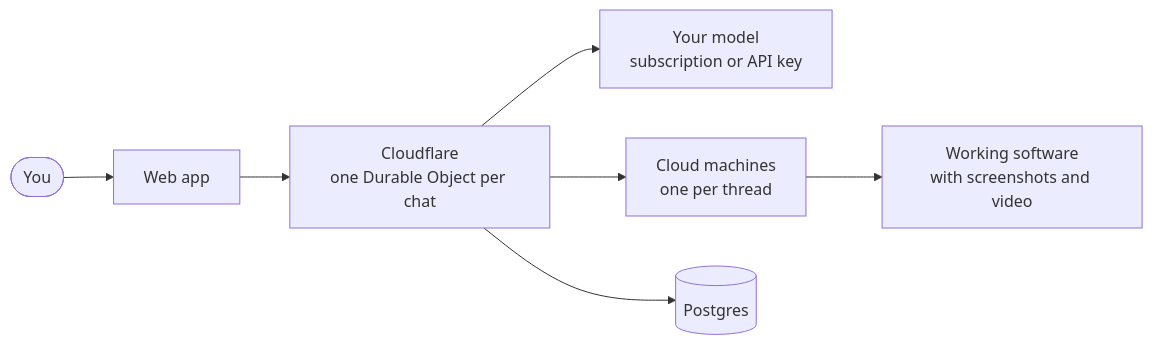
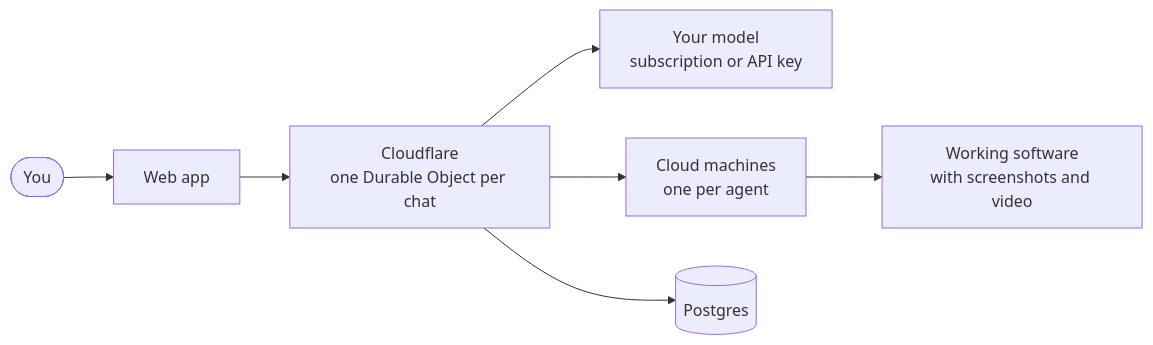
Before and after one commit to y-times-y/ytimesy: the diagram in README.md, drawn with Mermaid. The commit also changed other lines of this file and 22 other files, not shown here.

````diff
--- a/README.md
+++ b/README.md
@@ -53,9 +54,9 @@
 ```mermaid
 flowchart LR
   You([You]) --> UI[Web app]
   UI --> Edge["Cloudflare<br/>one Durable Object per chat"]
   Edge --> Models["Your model<br/>subscription or API key"]
-  Edge --> VMs["Cloud machines<br/>one per thread"]
+  Edge --> VMs["Cloud machines<br/>one per agent"]
   VMs --> Out["Working software<br/>with screenshots and video"]
   Edge --> DB[("Postgres")]
 ```
````
